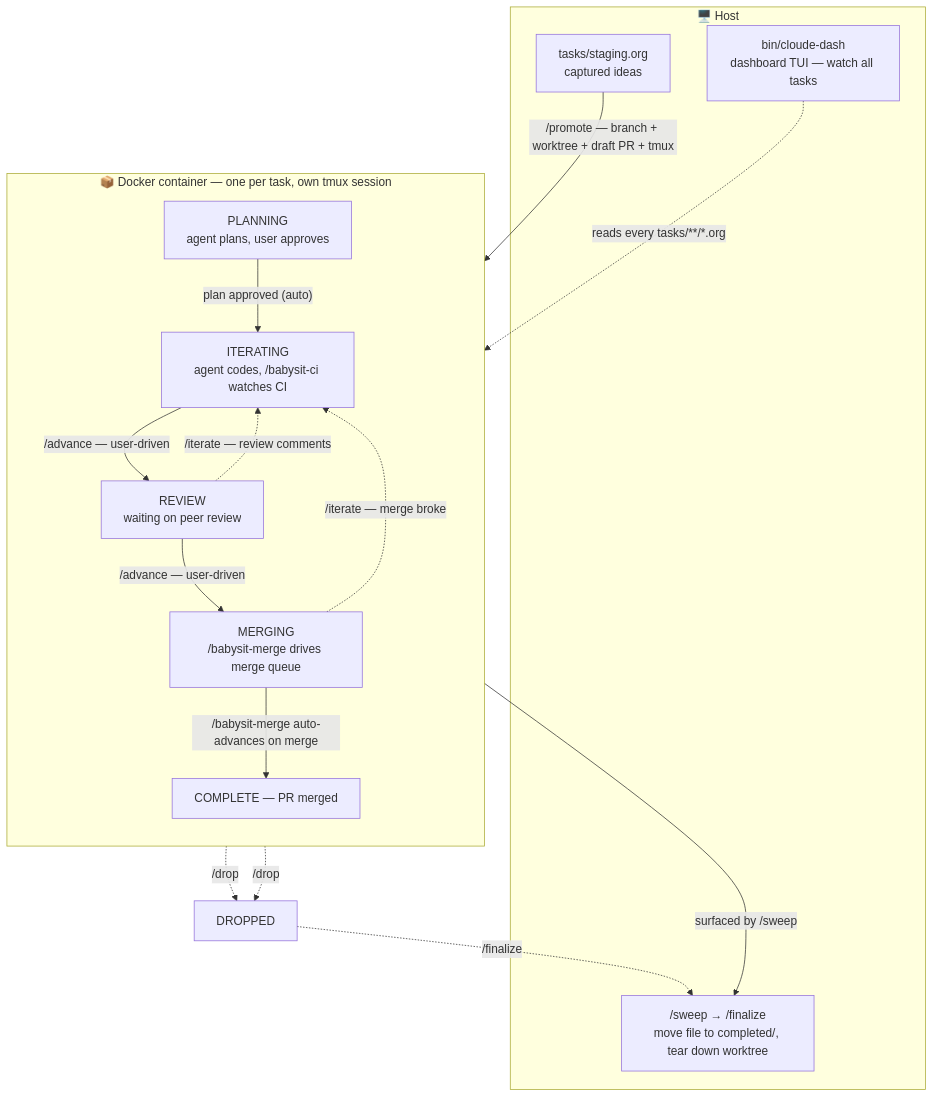
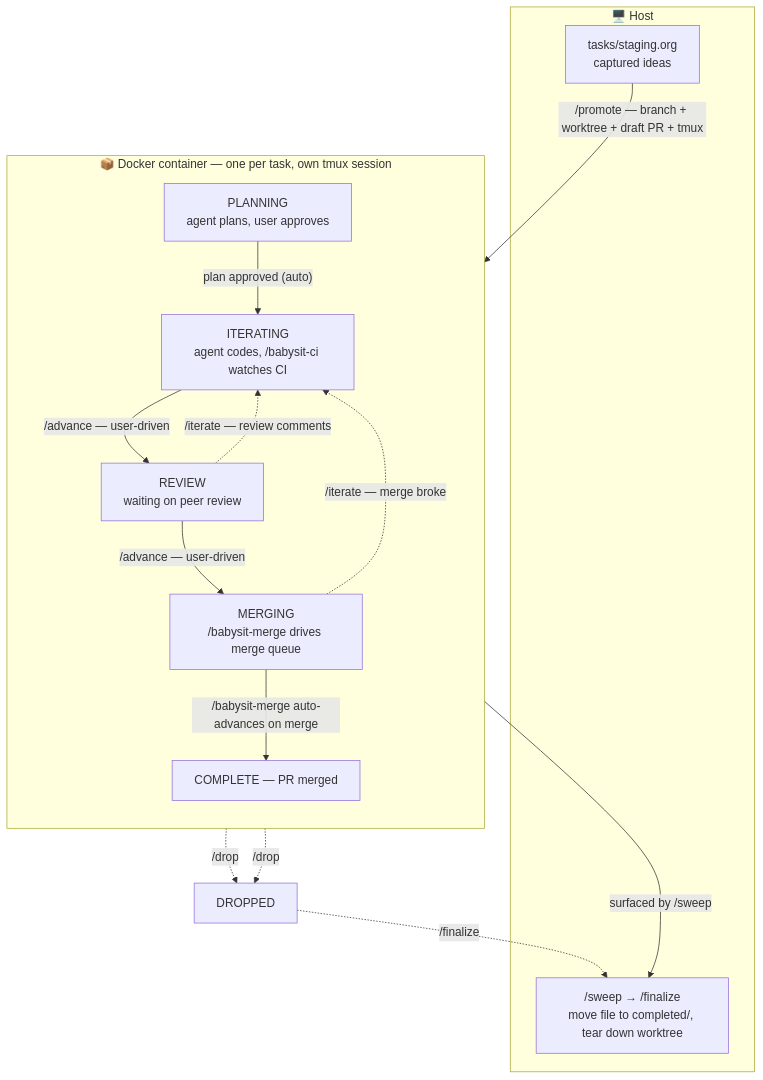
Before and after one commit to tildesrc/cloude-cade: the diagram in README.md, drawn with Mermaid. The commit also changed other lines of this file, not shown here.

First line of the commit message:
Drop dashboard from the diagram; explain it as the feedback hub

````diff
--- a/README.md
+++ b/README.md
@@ -57,32 +57,29 @@
 ```mermaid
 flowchart TD
     subgraph host["🖥️  Host"]
         STAGING["tasks/staging.org<br/>captured ideas"]
-        DASH["bin/cloude-dash<br/>dashboard TUI — watch all tasks"]
         CLEANUP["/sweep → /finalize<br/>move file to completed/, tear down worktree"]
     end
 
     subgraph container["📦  Docker container — one per task, own tmux session"]
         direction TB
         PLANNING["PLANNING<br/>agent plans, user approves"]
         ITERATING["ITERATING<br/>agent codes, /babysit-ci watches CI"]
         REVIEW["REVIEW<br/>waiting on peer review"]
         MERGING["MERGING<br/>/babysit-merge drives merge queue"]
         COMPLETE["COMPLETE — PR merged"]
     end
 
     STAGING -->|"/promote — branch + worktree + draft PR + tmux"| PLANNING
     PLANNING -->|"plan approved (auto)"| ITERATING
     ITERATING -->|"/advance — user-driven"| REVIEW
     REVIEW -->|"/advance — user-driven"| MERGING
     MERGING -->|"/babysit-merge auto-advances on merge"| COMPLETE
     COMPLETE -->|"surfaced by /sweep"| CLEANUP
 
     REVIEW -.->|"/iterate — review comments"| ITERATING
     MERGING -.->|"/iterate — merge broke"| ITERATING
     PLANNING -.->|"/drop"| DROPPED["DROPPED"]
     ITERATING -.->|"/drop"| DROPPED
     DROPPED -.->|"/finalize"| CLEANUP
-
-    DASH -.->|"reads every tasks/**/*.org"| container
 ```
````
